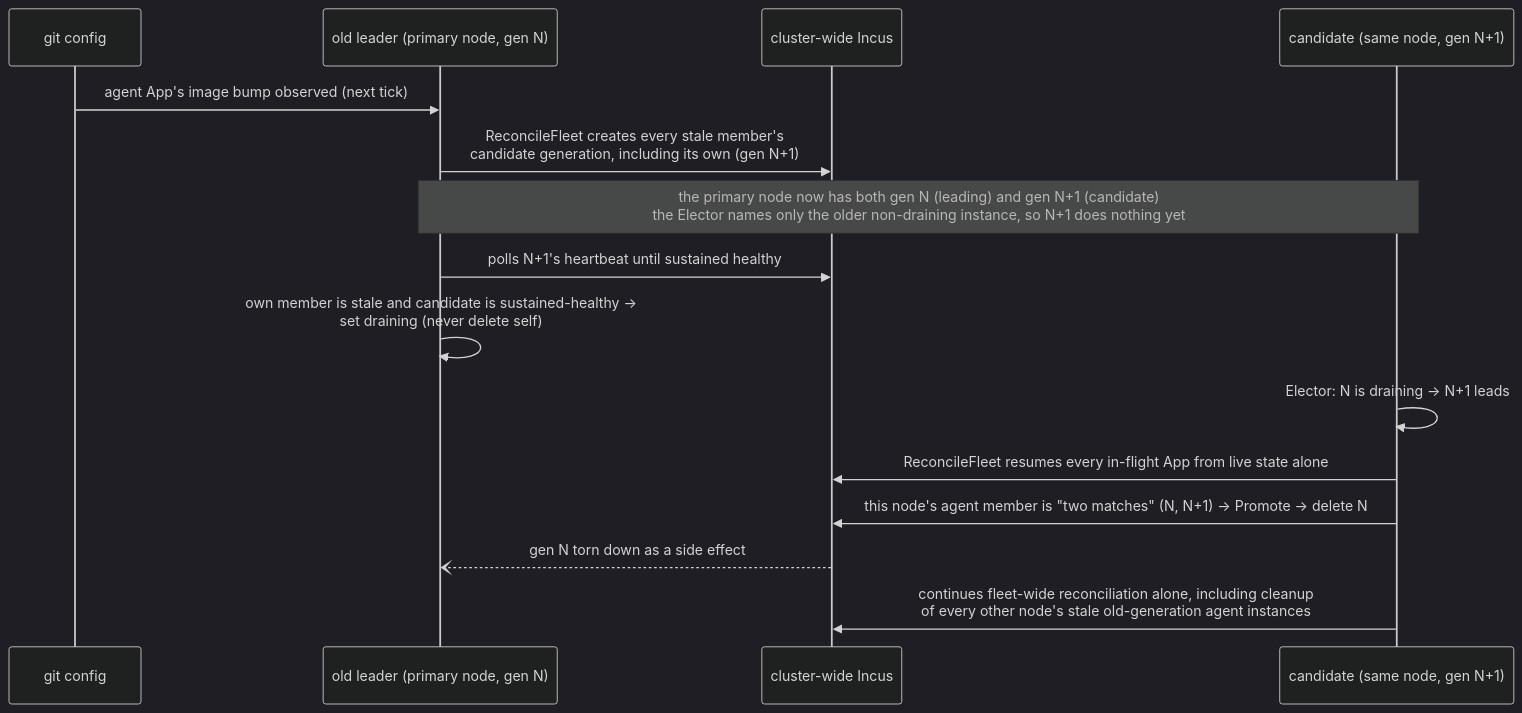
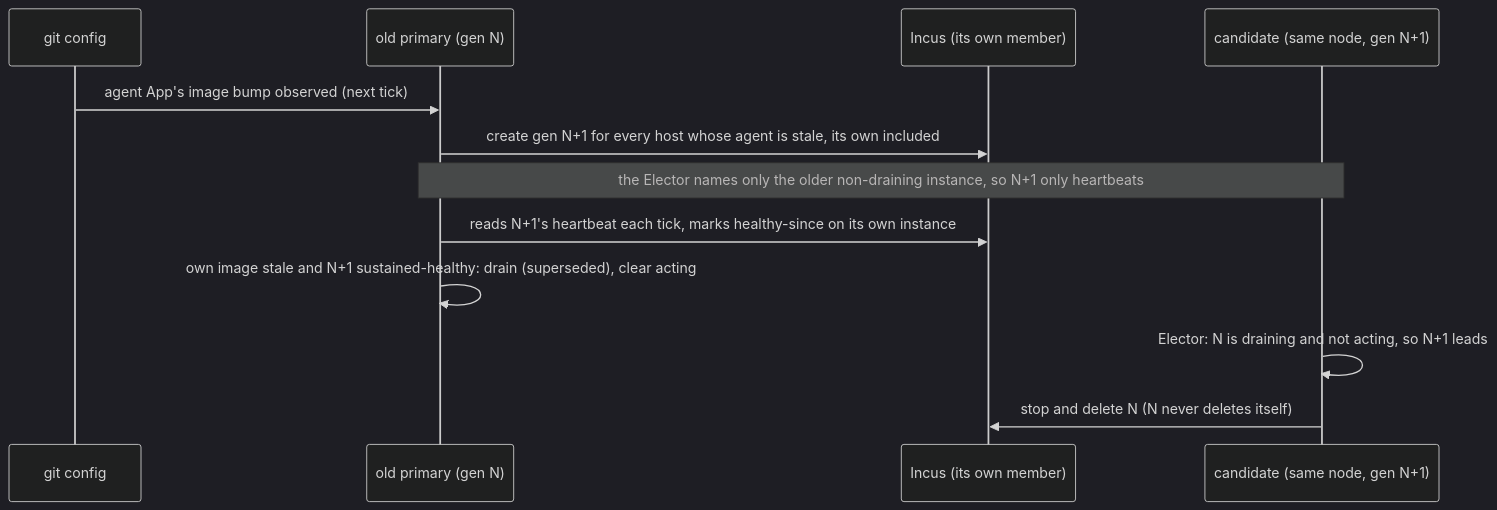
The second of 2 diagrams in docs/AppManager.md (ehharvey/homelab-ops), drawn with Mermaid (dark theme) before and after one commit. The commit also changed other lines of this file and 26 other files, not shown here.

````diff
--- a/docs/AppManager.md
+++ b/docs/AppManager.md
@@ -230,18 +244,15 @@
 ```mermaid
 sequenceDiagram
     participant Git as git config
-    participant Old as old leader (primary node, gen N)
-    participant Incus as cluster-wide Incus
+    participant Old as old primary (gen N)
+    participant Incus as Incus (its own member)
     participant New as candidate (same node, gen N+1)
 
     Git->>Old: agent App's image bump observed (next tick)
-    Old->>Incus: ReconcileFleet creates every stale member's<br/>candidate generation, including its own (gen N+1)
-    Note over Old,New: the primary node now has both gen N (leading) and gen N+1 (candidate)<br/>the Elector names only the older non-draining instance, so N+1 does nothing yet
-    Old->>Incus: polls N+1's heartbeat until sustained healthy
-    Old->>Old: own member is stale and candidate is sustained-healthy →<br/>set draining (never delete self)
-    New->>New: Elector: N is draining → N+1 leads
-    New->>Incus: ReconcileFleet resumes every in-flight App from live state alone
-    New->>Incus: this node's agent member is "two matches" (N, N+1) → Promote → delete N
-    Incus--)Old: gen N torn down as a side effect
-    New->>Incus: continues fleet-wide reconciliation alone, including cleanup<br/>of every other node's stale old-generation agent instances
+    Old->>Incus: create gen N+1 for every host whose agent is stale, its own included
+    Note over Old,New: the Elector names only the older non-draining instance, so N+1 only heartbeats
+    Old->>Incus: reads N+1's heartbeat each tick, marks healthy-since on its own instance
+    Old->>Old: own image stale and N+1 sustained-healthy: drain (superseded), clear acting
+    New->>New: Elector: N is draining and not acting, so N+1 leads
+    New->>Incus: stop and delete N (N never deletes itself)
 ```
````
